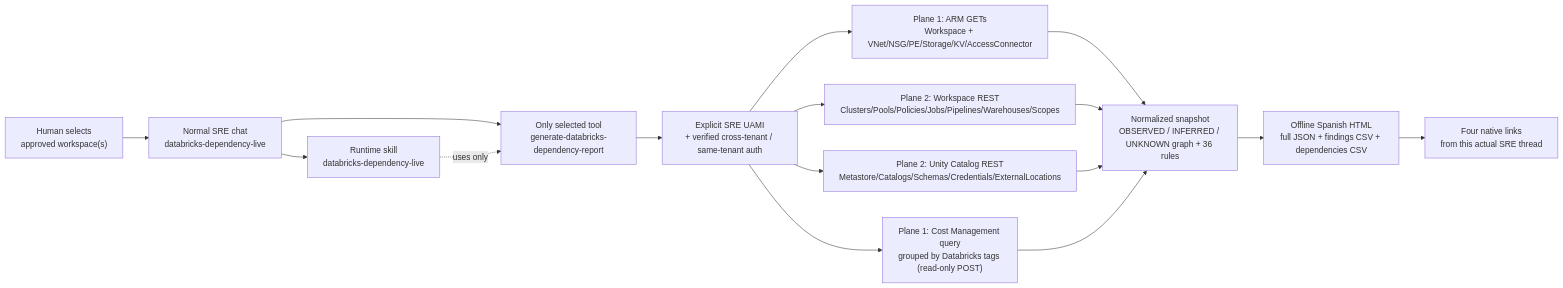
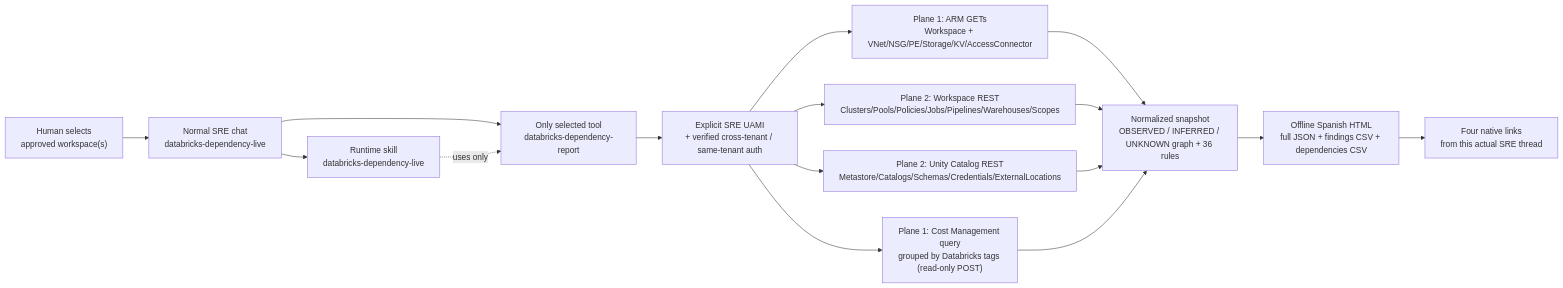
One commit to marioaguileraaa/sre-agent-use-cases changed the diagram in 08-databricks-dependency-configuration-review/README.md. Above: the diagram before and after it, drawn with Mermaid. The commit also changed other lines of this file and 26 other files, not shown here.

````diff
--- a/08-databricks-dependency-configuration-review/README.md
+++ b/08-databricks-dependency-configuration-review/README.md
@@ -258,18 +268,18 @@
 ```mermaid
 flowchart LR
     H["Human selects<br/>approved workspace(s)"] --> C["Normal SRE chat<br/>databricks-dependency-live"]
     C --> S["Runtime skill<br/>databricks-dependency-live"]
-    C --> T["Only selected tool<br/>generate-databricks-dependency-report"]
+    C --> T["Only selected tool<br/>databricks-dependency-report"]
     S -.->|"uses only"| T
     T --> I["Explicit SRE UAMI<br/>+ verified cross-tenant / same-tenant auth"]
     I --> A["Plane 1: ARM GETs<br/>Workspace + VNet/NSG/PE/Storage/KV/AccessConnector"]
     I --> D["Plane 2: Workspace REST<br/>Clusters/Pools/Policies/Jobs/Pipelines/Warehouses/Scopes"]
     I --> U["Plane 2: Unity Catalog REST<br/>Metastore/Catalogs/Schemas/Credentials/ExternalLocations"]
     I --> K["Plane 1: Cost Management query<br/>grouped by Databricks tags (read-only POST)"]
     A --> M["Normalized snapshot<br/>OBSERVED / INFERRED / UNKNOWN graph + 36 rules"]
     D --> M
     U --> M
     K --> M
     M --> R["Offline Spanish HTML<br/>full JSON + findings CSV + dependencies CSV"]
     R --> F["Four native links<br/>from this actual SRE thread"]
 ```
````
